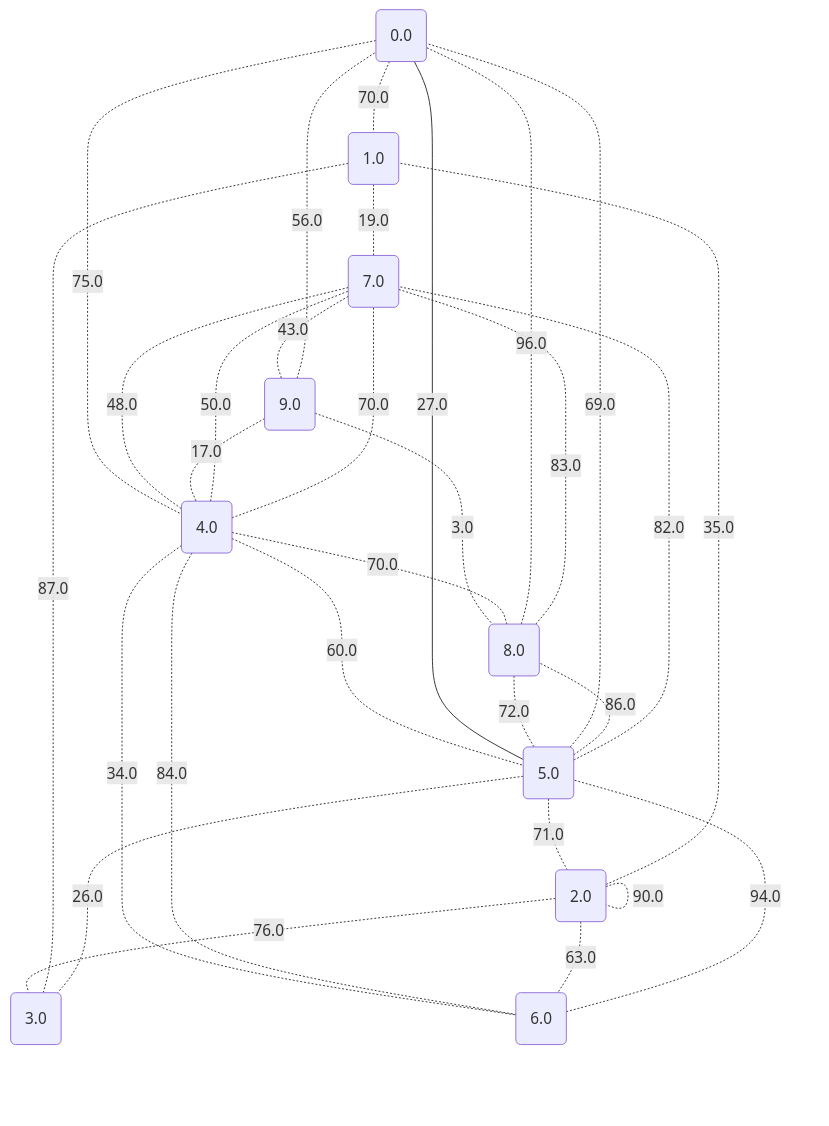
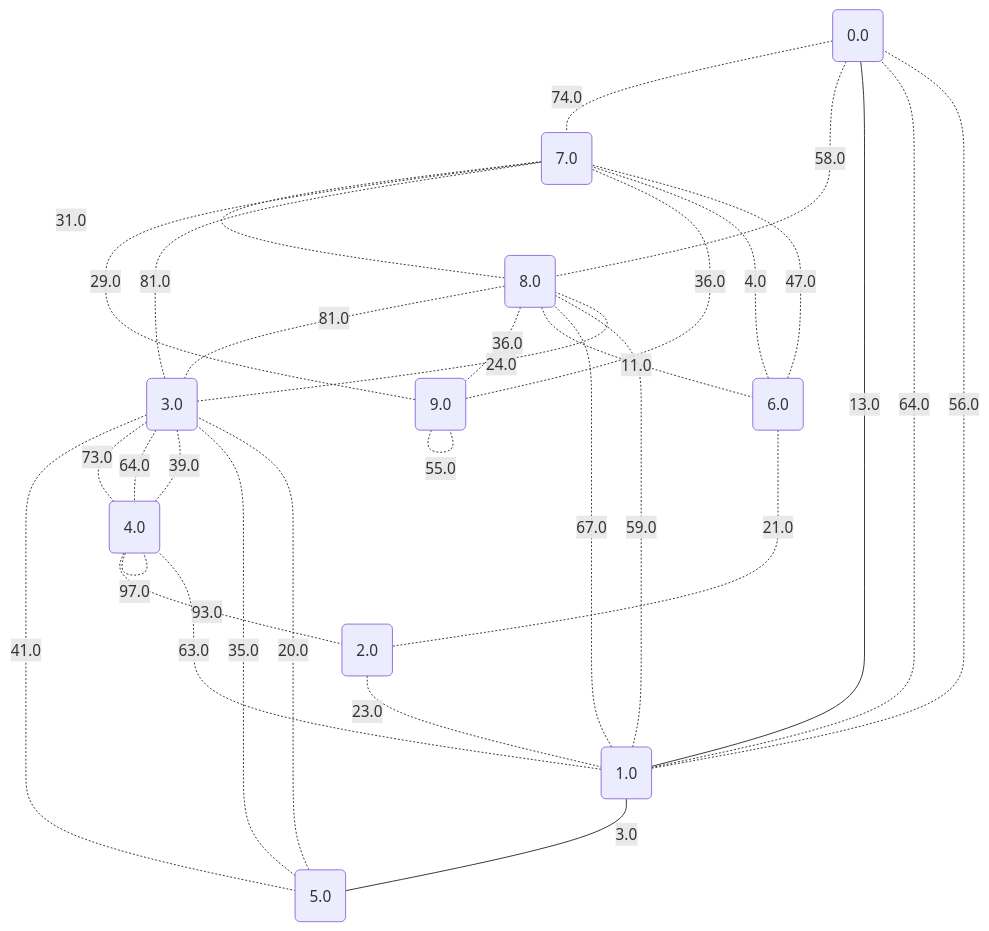
The seventh of 11 diagrams in project/src/testing/showcase/dijkstra.md (metury/graphs), drawn with Mermaid before and after one commit. The commit also changed other lines of this file and 33 other files, not shown here.

````diff
--- a/project/src/testing/showcase/dijkstra.md
+++ b/project/src/testing/showcase/dijkstra.md
@@ -283,43 +283,43 @@
 ```mermaid
 graph TD;
 	0("0.0");
 	1("1.0");
 	2("2.0");
 	3("3.0");
 	4("4.0");
 	5("5.0");
 	6("6.0");
 	7("7.0");
 	8("8.0");
 	9("9.0");
-	6 -. "94.0" -.- 5;
-	4 -. "34.0" -.- 6;
-	2 -. "76.0" -.- 3;
-	4 -. "84.0" -.- 6;
-	4 -. "50.0" -.- 7;
-	7 -. "43.0" -.- 9;
-	4 -. "60.0" -.- 5;
-	0 -. "70.0" -.- 1;
-	0 -. "75.0" -.- 4;
-	5 -. "71.0" -.- 2;
-	2 -. "25.0" -.- 2;
-	1 -. "87.0" -.- 3;
-	2 -. "35.0" -.- 1;
-	9 -. "3.0" -.- 8;
-	8 -. "96.0" -.- 0;
-	4 -. "70.0" -.- 7;
-	2 -. "63.0" -.- 6;
-	8 -. "83.0" -.- 7;
-	5 -. "26.0" -.- 3;
-	7 -. "48.0" -.- 4;
-	1 -. "19.0" -.- 7;
-	0 -- "27.0" --- 5;
-	8 -. "72.0" -.- 5;
-	9 -. "56.0" -.- 0;
-	5 -. "69.0" -.- 0;
-	9 -. "17.0" -.- 4;
-	4 -. "70.0" -.- 8;
-	2 -. "90.0" -.- 2;
-	5 -. "86.0" -.- 8;
-	5 -. "82.0" -.- 7;
+	9 -. "55.0" -.- 9;
+	8 -. "81.0" -.- 3;
+	3 -. "81.0" -.- 7;
+	1 -- "3.0" --- 5;
+	1 -- "13.0" --- 0;
+	3 -. "41.0" -.- 5;
+	0 -. "74.0" -.- 7;
+	5 -. "35.0" -.- 3;
+	3 -. "73.0" -.- 4;
+	3 -. "64.0" -.- 4;
+	7 -. "31.0" -.- 8;
+	7 -. "29.0" -.- 9;
+	6 -. "4.0" -.- 7;
+	8 -. "36.0" -.- 9;
+	3 -. "39.0" -.- 4;
+	6 -. "21.0" -.- 2;
+	9 -. "36.0" -.- 7;
+	2 -. "23.0" -.- 1;
+	3 -. "24.0" -.- 8;
+	4 -. "97.0" -.- 4;
+	1 -. "63.0" -.- 4;
+	1 -. "64.0" -.- 0;
+	4 -. "93.0" -.- 2;
+	1 -. "56.0" -.- 0;
+	0 -. "58.0" -.- 8;
+	8 -. "11.0" -.- 6;
+	1 -. "59.0" -.- 8;
+	5 -. "20.0" -.- 3;
+	6 -. "47.0" -.- 7;
+	8 -. "67.0" -.- 1;
 ```
````
